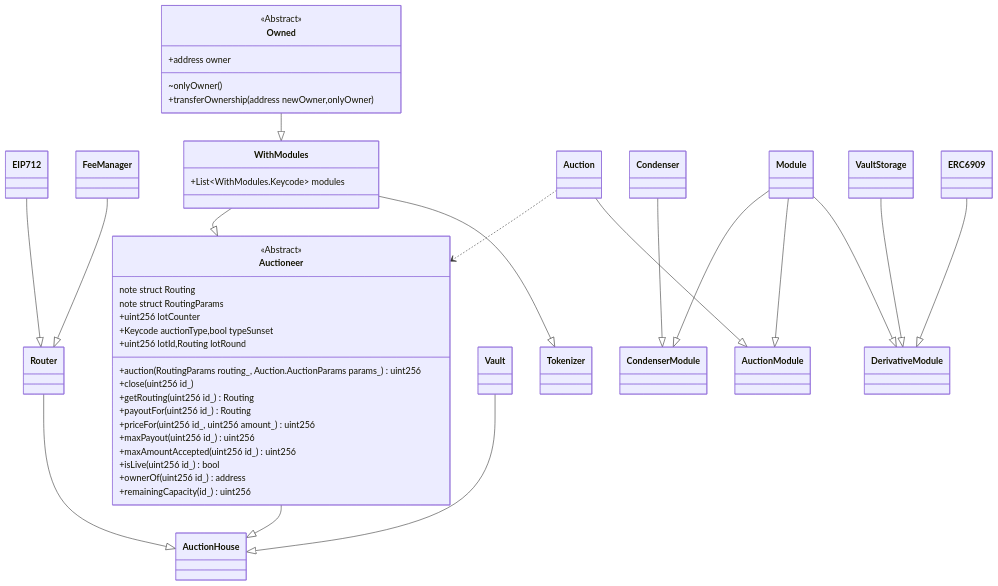
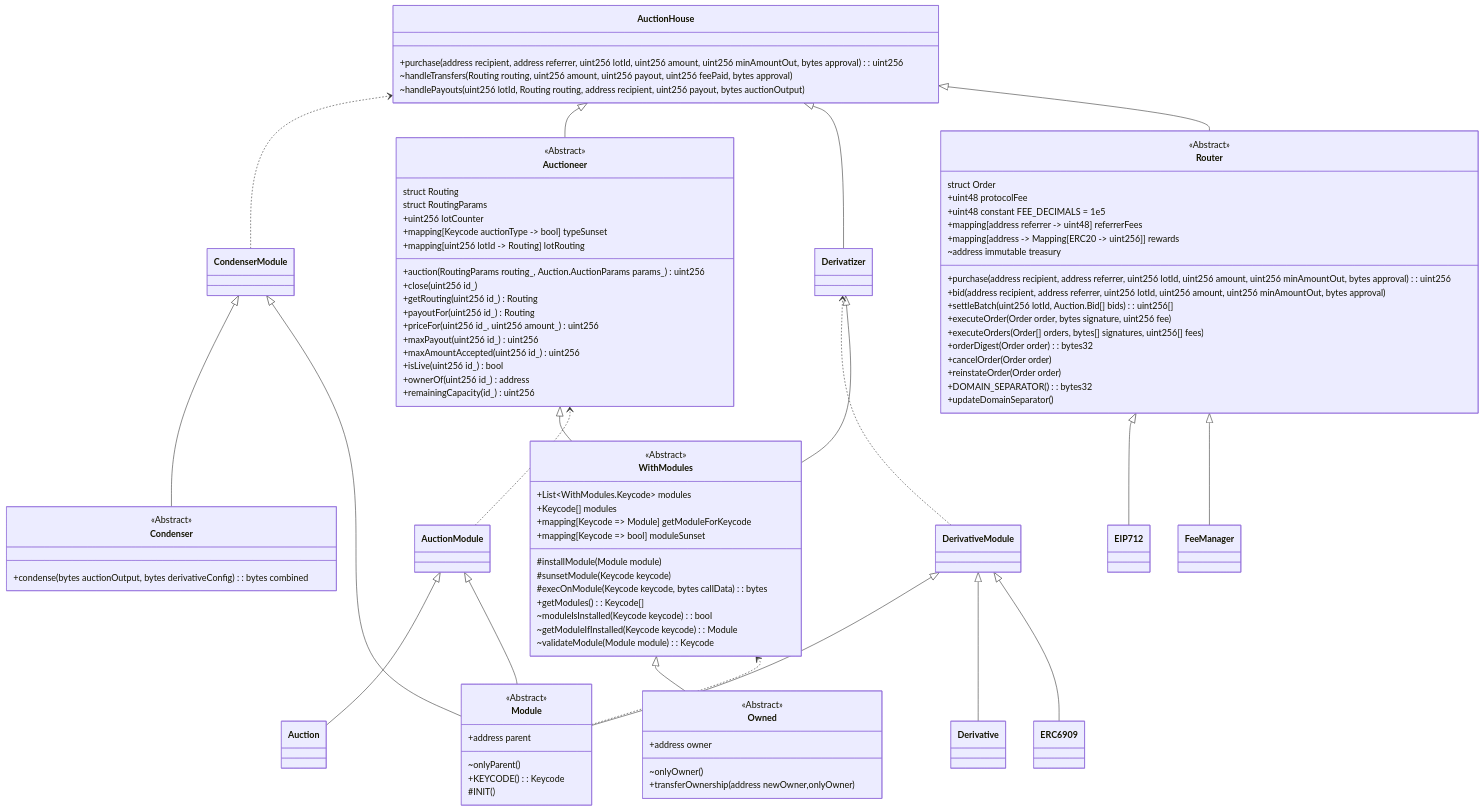
The diagram in ARCHITECTURE.md (Axis-Fi/axis-core), drawn with Mermaid before and after one commit. The commit also changed other lines of this file and 5 other files, not shown here.

Commit message:
docs: architecture diagram updates and contract clean-up

````diff
--- a/ARCHITECTURE.md
+++ b/ARCHITECTURE.md
@@ -3,5 +3,6 @@
 ```mermaid
 classDiagram
+  direction BT
   EIP712 --|> Router
   FeeManager --|> Router
 
@@ -18,15 +19,13 @@
     +List~WithModules.Keycode~ modules
   }
 
-  Vault --|> AuctionHouse
-
   class Auctioneer {
     <<Abstract>>
-    note struct Routing
-    note struct RoutingParams
+    struct Routing
+    struct RoutingParams
     +uint256 lotCounter
-    +Keycode auctionType,bool typeSunset
-    +uint256 lotId,Routing lotRound
+    +mapping[Keycode auctionType -> bool] typeSunset
+    +mapping[uint256 lotId -> Routing] lotRouting
     +auction(RoutingParams routing_, Auction.AuctionParams params_) uint256
     +close(uint256 id_)
     +getRouting(uint256 id_) Routing
@@ -38,12 +37,70 @@
     +ownerOf(uint256 id_) address
     +remainingCapacity(id_) uint256
   }
-  Auction ..> Auctioneer
 
+  class Router {
+    <<Abstract>>
+    struct Order
+    +uint48 protocolFee
+    +uint48 constant FEE_DECIMALS = 1e5
+    +mapping[address referrer -> uint48] referrerFees
+    +mapping[address -> Mapping[ERC20 -> uint256]] rewards
+    ~address immutable treasury
+    +purchase(address recipient, address referrer, uint256 lotId, uint256 amount, uint256 minAmountOut, bytes approval): uint256
+    +bid(address recipient, address referrer, uint256 lotId, uint256 amount, uint256 minAmountOut, bytes approval)
+    +settleBatch(uint256 lotId, Auction.Bid[] bids): uint256[]
+    +executeOrder(Order order, bytes signature, uint256 fee)
+    +executeOrders(Order[] orders, bytes[] signatures, uint256[] fees)
+    +orderDigest(Order order): bytes32
+    +cancelOrder(Order order)
+    +reinstateOrder(Order order)
+    +DOMAIN_SEPARATOR(): bytes32
+    +updateDomainSeparator()
+  }
+
+  class AuctionHouse {
+    +purchase(address recipient, address referrer, uint256 lotId, uint256 amount, uint256 minAmountOut, bytes approval): uint256
+    ~handleTransfers(Routing routing, uint256 amount, uint256 payout, uint256 feePaid, bytes approval)
+    ~handlePayouts(uint256 lotId, Routing routing, address recipient, uint256 payout, bytes auctionOutput)
+  }
+
+  class Condenser {
+    <<Abstract>>
+    +condense(bytes auctionOutput, bytes derivativeConfig): bytes combined
+  }
+
+  class Module {
+    <<Abstract>>
+    +address parent
+    ~onlyParent()
+    +KEYCODE(): Keycode
+    #INIT()
+  }
+
+  class WithModules {
+    <<Abstract>>
+    +Keycode[] modules
+    +mapping[Keycode => Module] getModuleForKeycode
+    +mapping[Keycode => bool] moduleSunset
+    #installModule(Module module)
+    #sunsetModule(Keycode keycode)
+    #execOnModule(Keycode keycode, bytes callData): bytes
+    +getModules(): Keycode[]
+    ~moduleIsInstalled(Keycode keycode): bool
+    ~getModuleIfInstalled(Keycode keycode): Module
+    ~validateModule(Module module): Keycode
+  }
+
+  AuctionModule ..> Auctioneer
+
+  DerivativeModule ..> Derivatizer
+  
+  CondenserModule ..> AuctionHouse
   Auctioneer --|> AuctionHouse
+  Derivatizer --|> AuctionHouse
   Router --|> AuctionHouse
 
-  WithModules --|> Tokenizer
+  WithModules --|> Derivatizer
 
   Condenser --|> CondenserModule
   Module --|> CondenserModule
@@ -52,6 +109,9 @@
   Module --|> AuctionModule
 
   Module --|> DerivativeModule
-  VaultStorage --|> DerivativeModule
+  Derivative --|> DerivativeModule
   ERC6909 --|> DerivativeModule
+
+  Module ..> WithModules
+  
 ```
````
